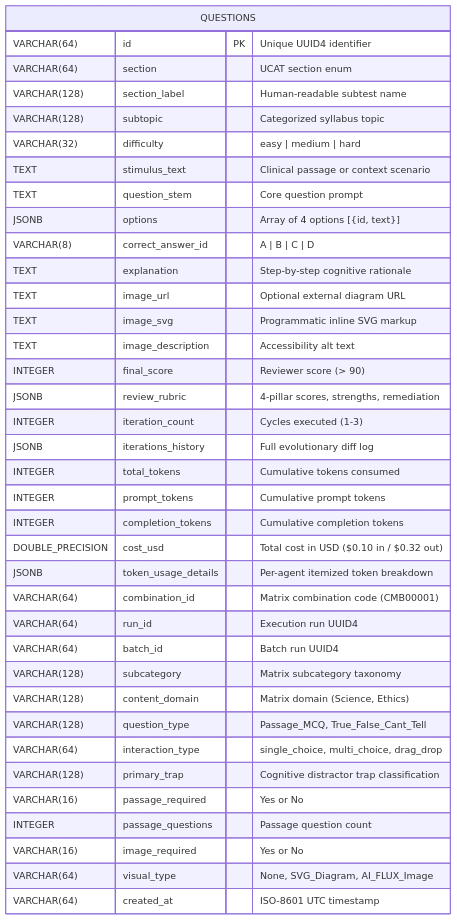
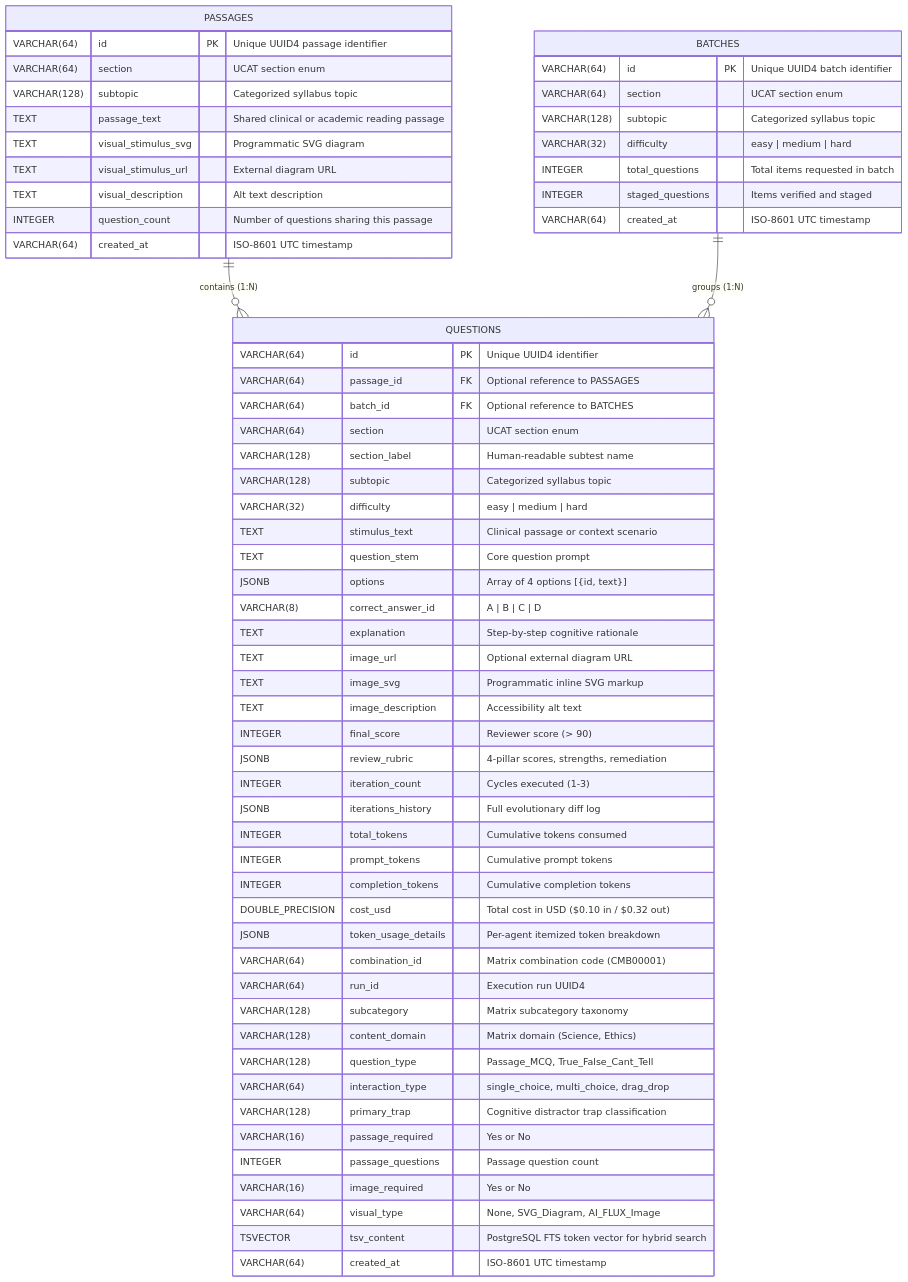
The fourth of 4 diagrams in docs/ARCHITECTURE.md (VishwamPatel-Infynno/MCAT-Question-Bank-Generator), drawn with Mermaid before and after one commit. The commit also changed other lines of this file and 5 other files, not shown here.

Commit message:
docs: synchronize all documentation, ERD diagrams, API endpoints, and version metadata

````diff
--- a/docs/ARCHITECTURE.md
+++ b/docs/ARCHITECTURE.md
@@ -218,40 +218,67 @@
 ```mermaid
 erDiagram
+    PASSAGES ||--o{ QUESTIONS : "contains (1:N)"
+    BATCHES ||--o{ QUESTIONS : "groups (1:N)"
+
+    PASSAGES {
+        VARCHAR(64) id PK "Unique UUID4 passage identifier"
+        VARCHAR(64) section "UCAT section enum"
+        VARCHAR(128) subtopic "Categorized syllabus topic"
+        TEXT passage_text "Shared clinical or academic reading passage"
+        TEXT visual_stimulus_svg "Programmatic SVG diagram"
+        TEXT visual_stimulus_url "External diagram URL"
+        TEXT visual_description "Alt text description"
+        INTEGER question_count "Number of questions sharing this passage"
+        VARCHAR(64) created_at "ISO-8601 UTC timestamp"
+    }
+
+    BATCHES {
+        VARCHAR(64) id PK "Unique UUID4 batch identifier"
+        VARCHAR(64) section "UCAT section enum"
+        VARCHAR(128) subtopic "Categorized syllabus topic"
+        VARCHAR(32) difficulty "easy | medium | hard"
+        INTEGER total_questions "Total items requested in batch"
+        INTEGER staged_questions "Items verified and staged"
+        VARCHAR(64) created_at "ISO-8601 UTC timestamp"
+    }
+
     QUESTIONS {
         VARCHAR(64) id PK "Unique UUID4 identifier"
+        VARCHAR(64) passage_id FK "Optional reference to PASSAGES"
+        VARCHAR(64) batch_id FK "Optional reference to BATCHES"
         VARCHAR(64) section "UCAT section enum"
         VARCHAR(128) section_label "Human-readable subtest name"
         VARCHAR(128) subtopic "Categorized syllabus topic"
         VARCHAR(32) difficulty "easy | medium | hard"
         TEXT stimulus_text "Clinical passage or context scenario"
         TEXT question_stem "Core question prompt"
         JSONB options "Array of 4 options [{id, text}]"
         VARCHAR(8) correct_answer_id "A | B | C | D"
         TEXT explanation "Step-by-step cognitive rationale"
         TEXT image_url "Optional external diagram URL"
         TEXT image_svg "Programmatic inline SVG markup"
         TEXT image_description "Accessibility alt text"
         INTEGER final_score "Reviewer score (> 90)"
         JSONB review_rubric "4-pillar scores, strengths, remediation"
         INTEGER iteration_count "Cycles executed (1-3)"
         JSONB iterations_history "Full evolutionary diff log"
         INTEGER total_tokens "Cumulative tokens consumed"
         INTEGER prompt_tokens "Cumulative prompt tokens"
         INTEGER completion_tokens "Cumulative completion tokens"
         DOUBLE_PRECISION cost_usd "Total cost in USD ($0.10 in / $0.32 out)"
         JSONB token_usage_details "Per-agent itemized token breakdown"
         VARCHAR(64) combination_id "Matrix combination code (CMB00001)"
         VARCHAR(64) run_id "Execution run UUID4"
-        VARCHAR(64) batch_id "Batch run UUID4"
         VARCHAR(128) subcategory "Matrix subcategory taxonomy"
         VARCHAR(128) content_domain "Matrix domain (Science, Ethics)"
         VARCHAR(128) question_type "Passage_MCQ, True_False_Cant_Tell"
         VARCHAR(64) interaction_type "single_choice, multi_choice, drag_drop"
         VARCHAR(128) primary_trap "Cognitive distractor trap classification"
         VARCHAR(16) passage_required "Yes or No"
         INTEGER passage_questions "Passage question count"
         VARCHAR(16) image_required "Yes or No"
         VARCHAR(64) visual_type "None, SVG_Diagram, AI_FLUX_Image"
+        TSVECTOR tsv_content "PostgreSQL FTS token vector for hybrid search"
         VARCHAR(64) created_at "ISO-8601 UTC timestamp"
     }
 ```
````
